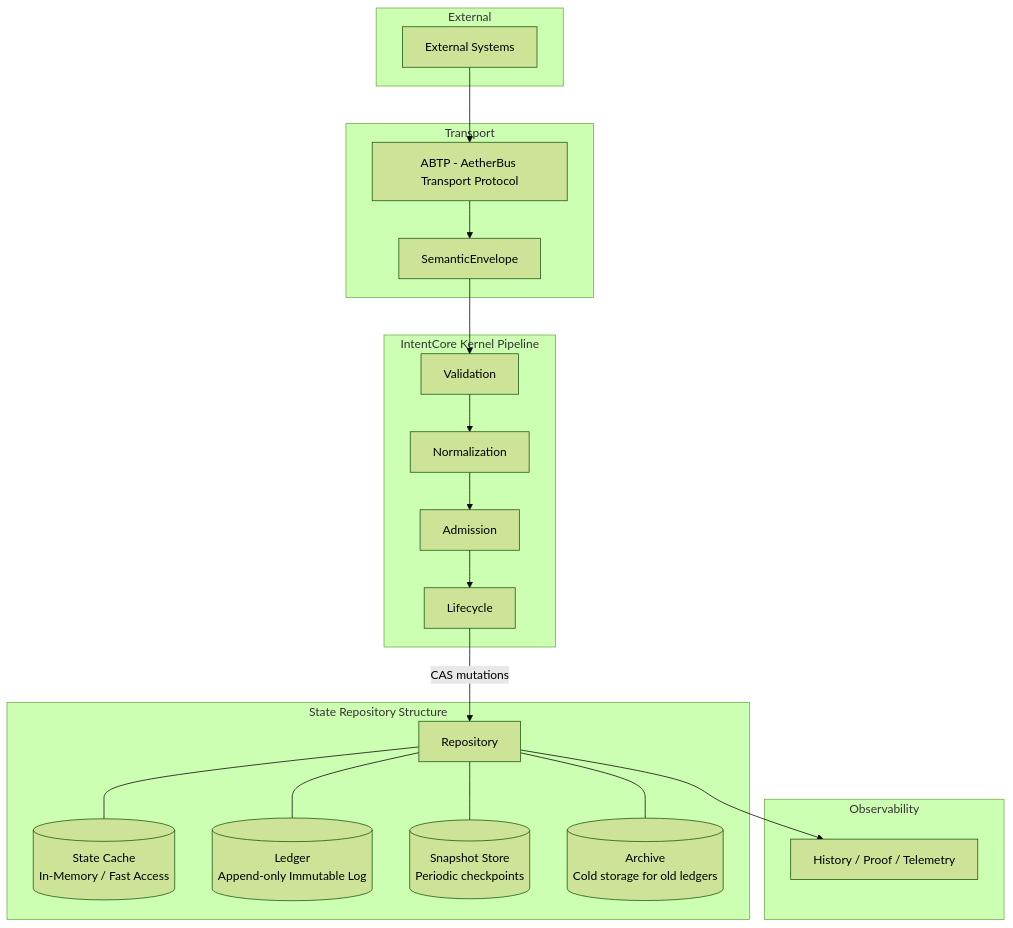
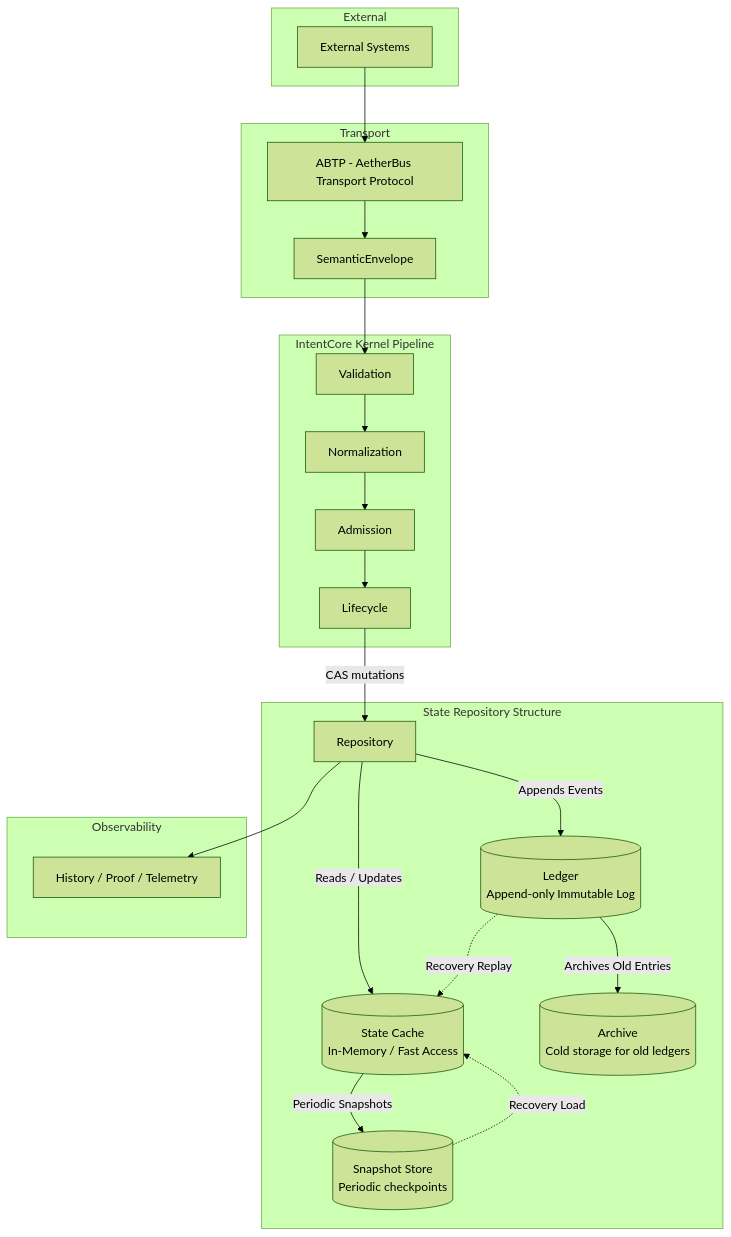
The diagram in README.md (Orolar-CNR/IntentCore), drawn with Mermaid (forest theme) before and after one commit.

Commit message:
docs: update system architecture diagram in README.md (#39)

````diff
--- a/README.md
+++ b/README.md
@@ -28,44 +28,46 @@
 ```mermaid
 graph TD
     subgraph External
         Ext[External Systems]
     end
 
     subgraph Transport
         ABTP[ABTP - AetherBus Transport Protocol]
         SE[SemanticEnvelope]
     end
 
     subgraph IntentCore Kernel Pipeline
         Val[Validation]
         Norm[Normalization]
         Adm[Admission]
         Life[Lifecycle]
     end
 
     subgraph State Repository Structure
         Repo[Repository]
         Cache[(State Cache<br>In-Memory / Fast Access)]
         Ledger[(Ledger<br>Append-only Immutable Log)]
         Snap[(Snapshot Store<br>Periodic checkpoints)]
         Arch[(Archive<br>Cold storage for old ledgers)]
 
-        Repo --- Cache
-        Repo --- Ledger
-        Repo --- Snap
-        Repo --- Arch
+        Repo -->|Reads / Updates| Cache
+        Repo -->|Appends Events| Ledger
+        Cache -->|Periodic Snapshots| Snap
+        Ledger -->|Archives Old Entries| Arch
+        Snap -.->|Recovery Load| Cache
+        Ledger -.->|Recovery Replay| Cache
     end
 
     subgraph Observability
         HPT[History / Proof / Telemetry]
     end
 
     Ext --> ABTP
     ABTP --> SE
     SE --> Val
     Val --> Norm
     Norm --> Adm
     Adm --> Life
     Life -- "CAS mutations" --> Repo
     Repo --> HPT
 ```
````
